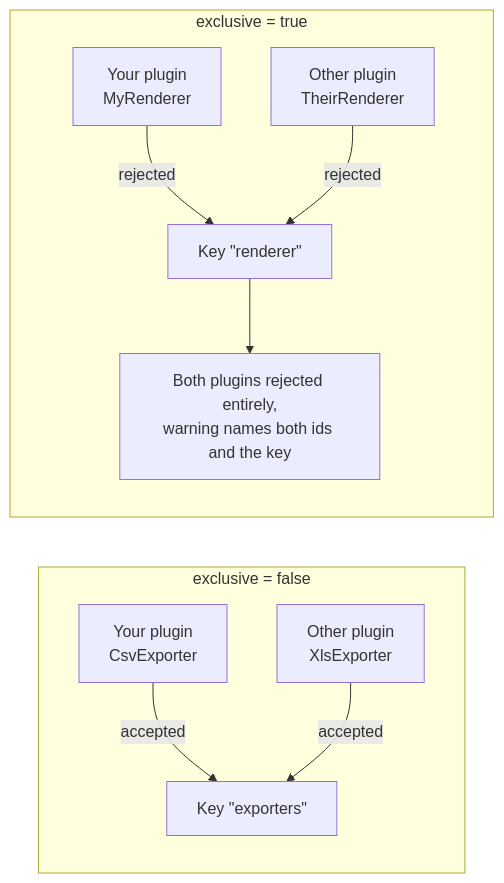
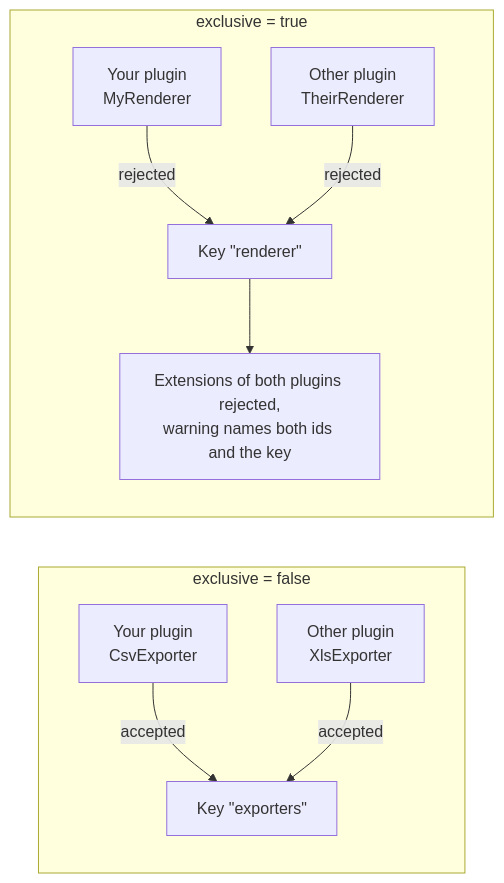
One commit to KleinerHacker/pluggiat changed the diagram in docs/docs/plugin-development/extension-points.md. Above: the diagram before and after it, drawn with Mermaid. The commit also changed other lines of this file and 84 other files, not shown here.

````diff
--- a/docs/docs/plugin-development/extension-points.md
+++ b/docs/docs/plugin-development/extension-points.md
@@ -47,17 +47,17 @@
 ```mermaid
 flowchart LR
     subgraph NonExclusive["exclusive = false"]
         direction TB
         K1["Key &quot;exporters&quot;"]
         PA1["Your plugin<br/>CsvExporter"] -->|accepted| K1
         PB1["Other plugin<br/>XlsExporter"] -->|accepted| K1
     end
 
     subgraph Exclusive["exclusive = true"]
         direction TB
         K2["Key &quot;renderer&quot;"]
         PA2["Your plugin<br/>MyRenderer"] -->|rejected| K2
         PB2["Other plugin<br/>TheirRenderer"] -->|rejected| K2
-        K2 --> Warn["Both plugins rejected entirely,<br/>warning names both ids and the key"]
+        K2 --> Warn["Extensions of both plugins rejected,<br/>warning names both ids and the key"]
     end
 ```
````
